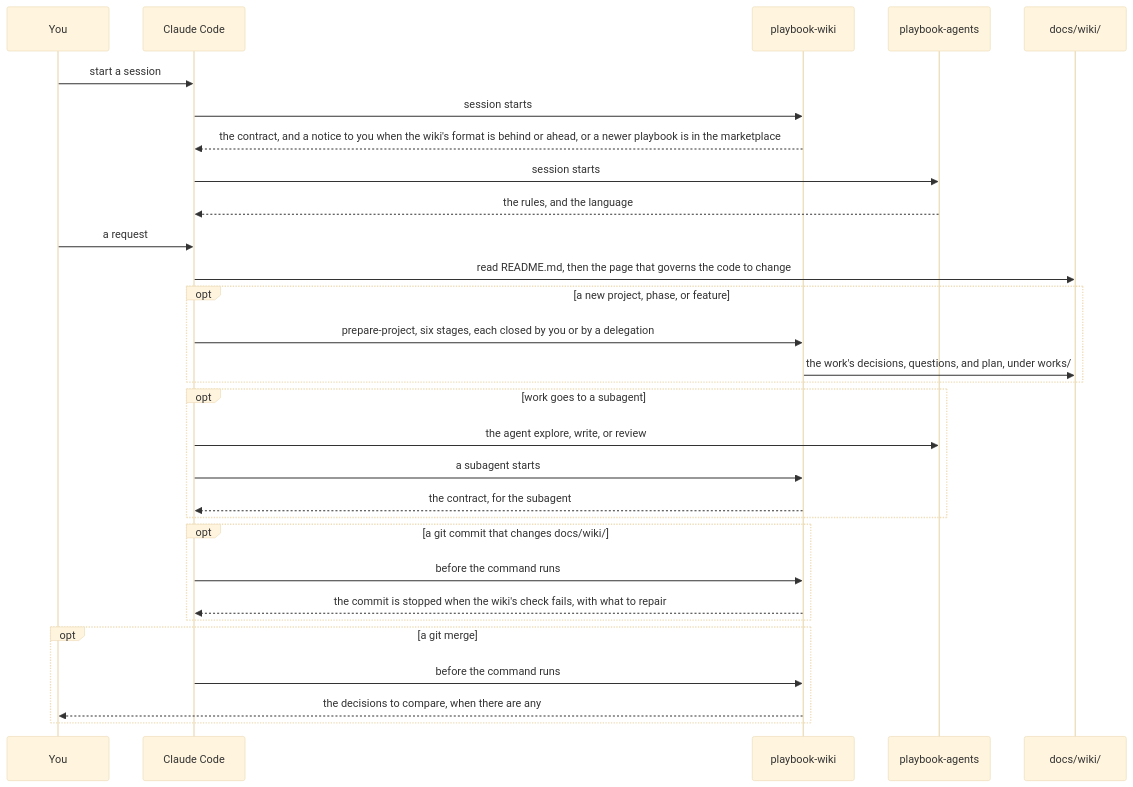
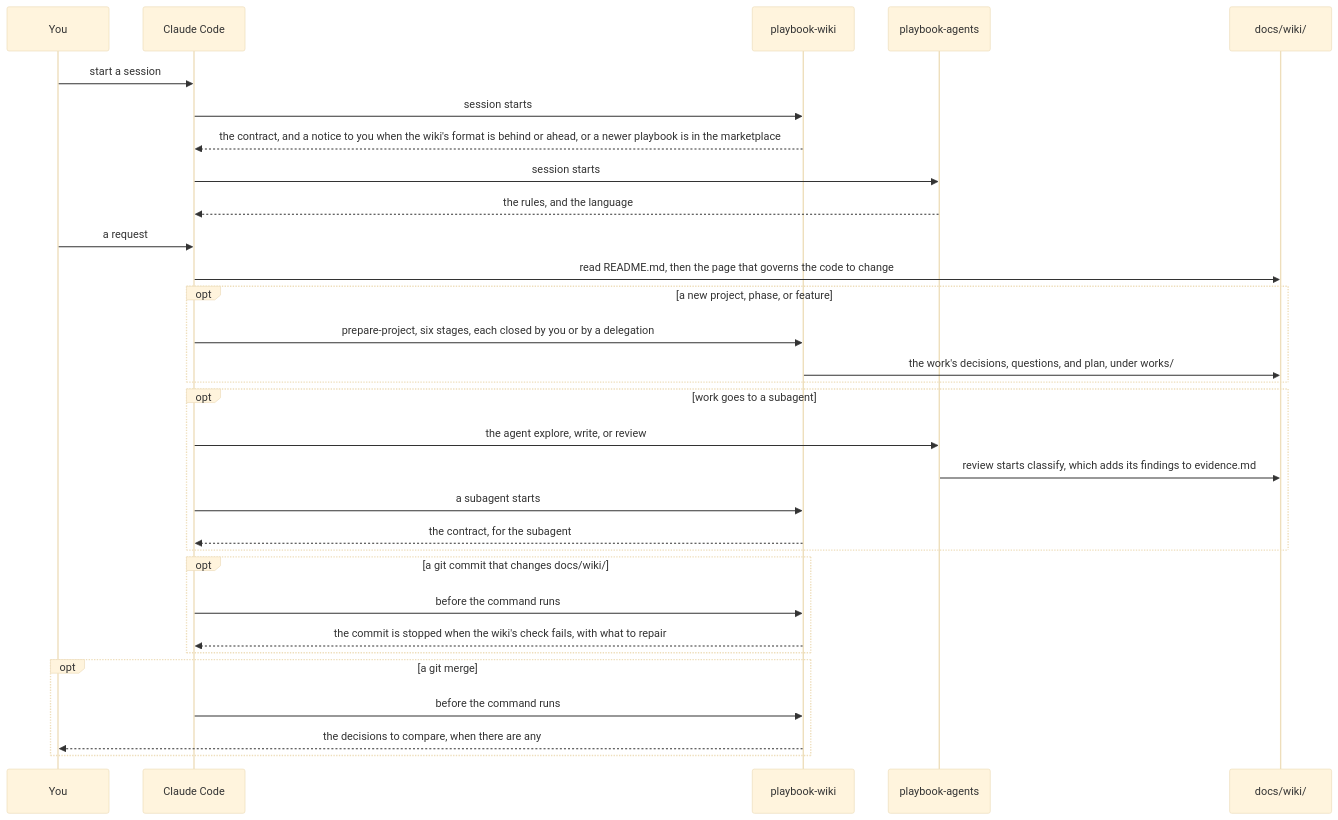
Before and after one commit to andresfrei/playbook: the second of 2 diagrams in docs/claude-code.md, drawn with Mermaid (base theme). The commit also changed other lines of this file and 11 other files, not shown here.

````diff
--- a/docs/claude-code.md
+++ b/docs/claude-code.md
@@ -20,32 +20,33 @@
 ```mermaid
 sequenceDiagram
   participant You
   participant CC as Claude Code
   participant W as playbook-wiki
   participant A as playbook-agents
   participant Wiki as docs/wiki/
   You->>CC: start a session
   CC->>W: session starts
   W-->>CC: the contract, and a notice to you when the wiki's format is behind or ahead, or a newer playbook is in the marketplace
   CC->>A: session starts
   A-->>CC: the rules, and the language
   You->>CC: a request
   CC->>Wiki: read README.md, then the page that governs the code to change
   opt a new project, phase, or feature
     CC->>W: prepare-project, six stages, each closed by you or by a delegation
     W->>Wiki: the work's decisions, questions, and plan, under works/
   end
   opt work goes to a subagent
     CC->>A: the agent explore, write, or review
+    A->>Wiki: review starts classify, which adds its findings to evidence.md
     CC->>W: a subagent starts
     W-->>CC: the contract, for the subagent
   end
   opt a git commit that changes docs/wiki/
     CC->>W: before the command runs
     W-->>CC: the commit is stopped when the wiki's check fails, with what to repair
   end
   opt a git merge
     CC->>W: before the command runs
     W-->>You: the decisions to compare, when there are any
   end
 ```
````
